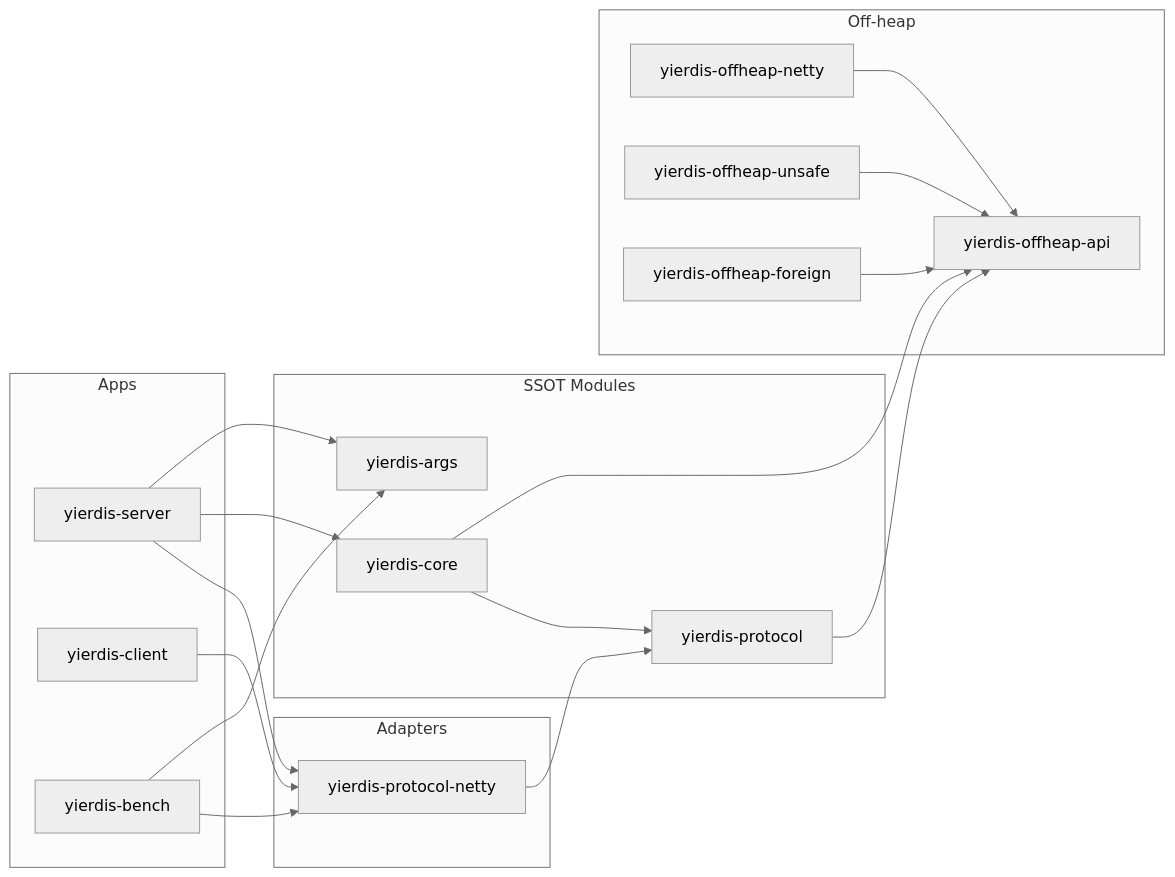
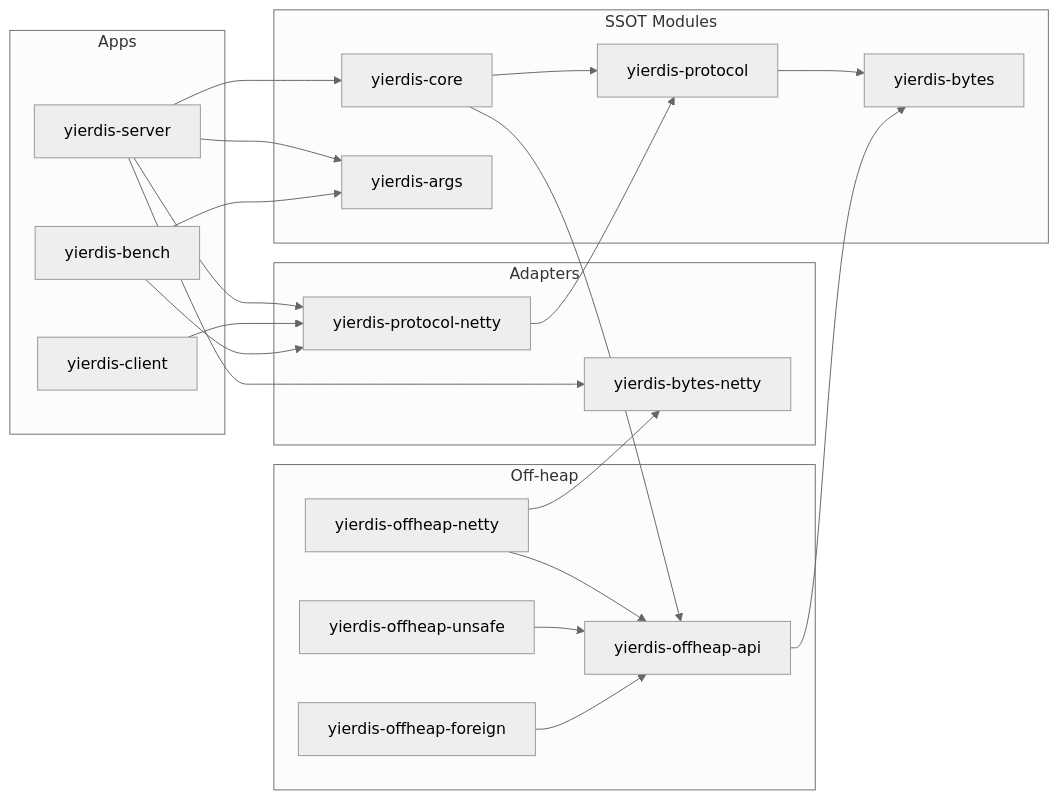
One commit to skt-shinyruo/Yierdis changed the first of 2 diagrams in helloagents/wiki/arch.md. Above: the diagram before and after it, drawn with Mermaid (neutral theme). The commit also changed other lines of this file and 57 other files, not shown here.

Commit message:
refactor: unify QUIT, add bytes-netty, harden client

````diff
--- a/helloagents/wiki/arch.md
+++ b/helloagents/wiki/arch.md
@@ -26,42 +28,47 @@
 ```mermaid
 flowchart LR
   subgraph Apps[Apps]
     Server[yierdis-server]
     Client[yierdis-client]
     Bench[yierdis-bench]
   end
 
   subgraph SSOT[SSOT Modules]
+    Bytes[yierdis-bytes]
     Protocol[yierdis-protocol]
     Core[yierdis-core]
     Args[yierdis-args]
   end
   
   subgraph Adapters[Adapters]
+    BytesNetty[yierdis-bytes-netty]
     ProtocolNetty[yierdis-protocol-netty]
   end
 
   subgraph Offheap[Off-heap]
     OffheapApi[yierdis-offheap-api]
     OffheapNetty[yierdis-offheap-netty]
     OffheapUnsafe[yierdis-offheap-unsafe]
     OffheapForeign[yierdis-offheap-foreign]
   end
 
   Server --> ProtocolNetty
+  Server --> BytesNetty
   Server --> Core
   Server --> Args
   Client --> ProtocolNetty
   Bench --> ProtocolNetty
   Bench --> Args
   
+  OffheapNetty --> BytesNetty
   ProtocolNetty --> Protocol
 
+  Protocol --> Bytes
   Core --> Protocol
   Core --> OffheapApi
-  Protocol --> OffheapApi
+  OffheapApi --> Bytes
 
   OffheapNetty --> OffheapApi
   OffheapUnsafe --> OffheapApi
   OffheapForeign --> OffheapApi
 ```
````
